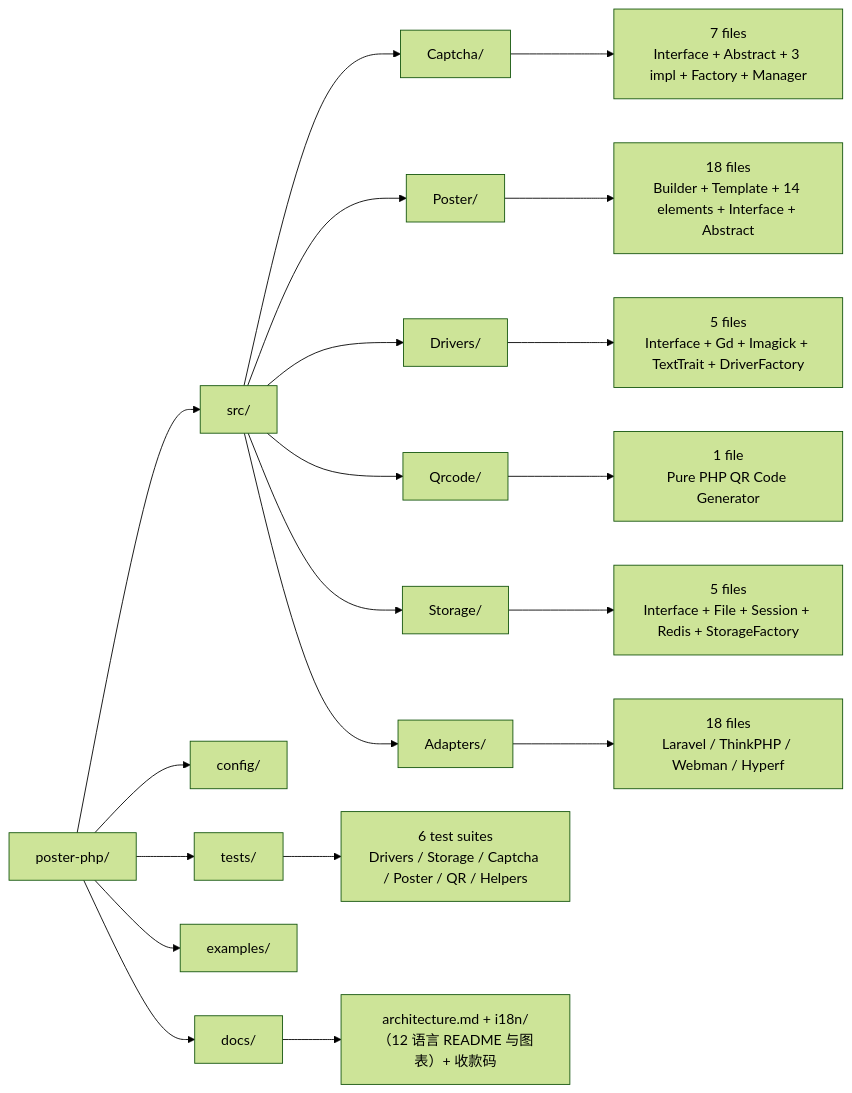
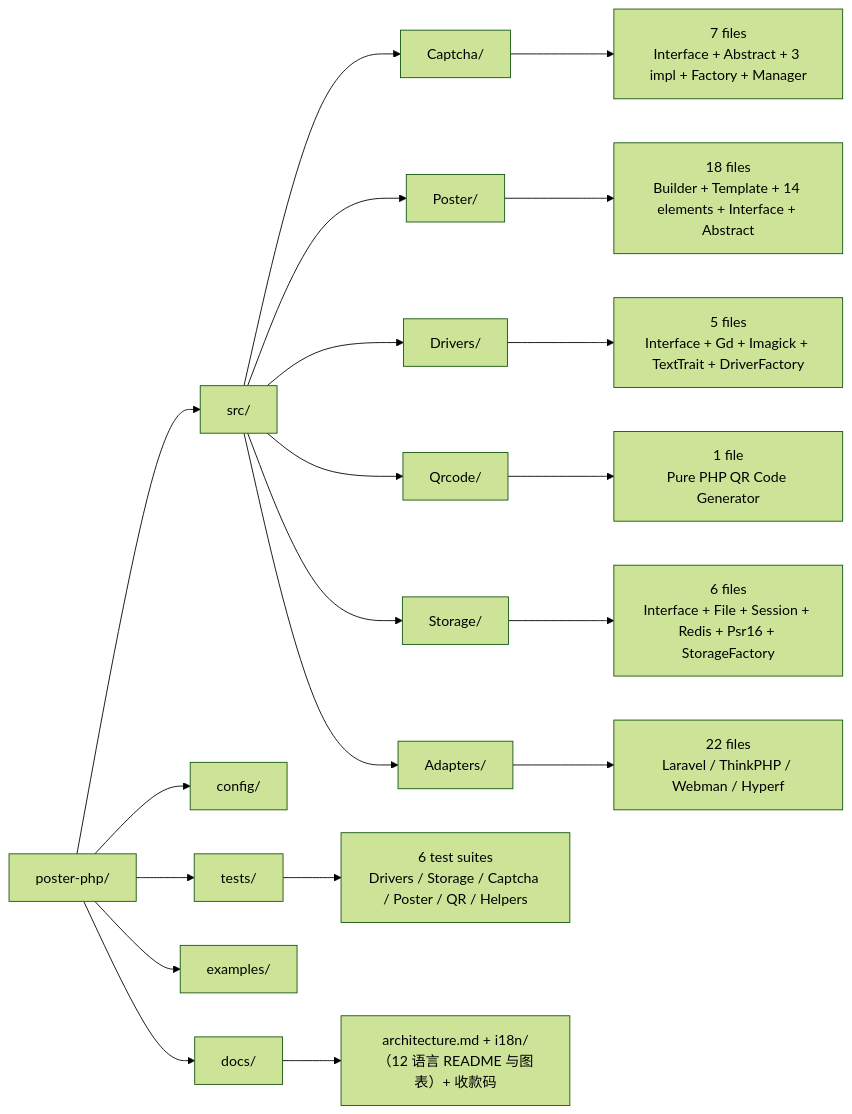
Before and after one commit to erikwang2013/poster-php: diagram 11 of 11 in docs/architecture.md, drawn with Mermaid (forest theme). The commit also changed other lines of this file and 24 other files, not shown here.

Commit message:
fix: 存储层并发与静默失效（FileStorage 加锁与原子写、Session 守卫、auto 探测缓存）+ feat: PSR-16 适配与 Laravel 图片端点

````diff
--- a/docs/architecture.md
+++ b/docs/architecture.md
@@ -527,25 +543,25 @@
 ```mermaid
 graph LR
     ROOT["poster-php/"] --> SRC["src/"]
     ROOT --> CONFIG_DIR["config/"]
     ROOT --> TESTS["tests/"]
     ROOT --> EXAMPLES["examples/"]
     ROOT --> DOCS["docs/"]
 
     SRC --> CAPTCHA_DIR["Captcha/"]
     SRC --> POSTER_DIR["Poster/"]
     SRC --> DRIVERS_DIR["Drivers/"]
     SRC --> QRCODE_DIR["Qrcode/"]
     SRC --> STORAGE_DIR["Storage/"]
     SRC --> ADAPTERS_DIR["Adapters/"]
 
     CAPTCHA_DIR --> C_FILES["7 files<br/>Interface + Abstract + 3 impl + Factory + Manager"]
     POSTER_DIR --> P_FILES["18 files<br/>Builder + Template + 14 elements + Interface + Abstract"]
     DRIVERS_DIR --> D_FILES["5 files<br/>Interface + Gd + Imagick + TextTrait + DriverFactory"]
     QRCODE_DIR --> Q_FILES["1 file<br/>Pure PHP QR Code Generator"]
-    STORAGE_DIR --> S_FILES["5 files<br/>Interface + File + Session + Redis + StorageFactory"]
-    ADAPTERS_DIR --> A_FILES["18 files<br/>Laravel / ThinkPHP / Webman / Hyperf"]
+    STORAGE_DIR --> S_FILES["6 files<br/>Interface + File + Session + Redis + Psr16 + StorageFactory"]
+    ADAPTERS_DIR --> A_FILES["22 files<br/>Laravel / ThinkPHP / Webman / Hyperf"]
 
     TESTS --> T_DIRS["6 test suites<br/>Drivers / Storage / Captcha / Poster / QR / Helpers"]
     DOCS --> DOC_FILES["architecture.md + i18n/（12 语言 README 与图表）+ 收款码"]
 ```
````
